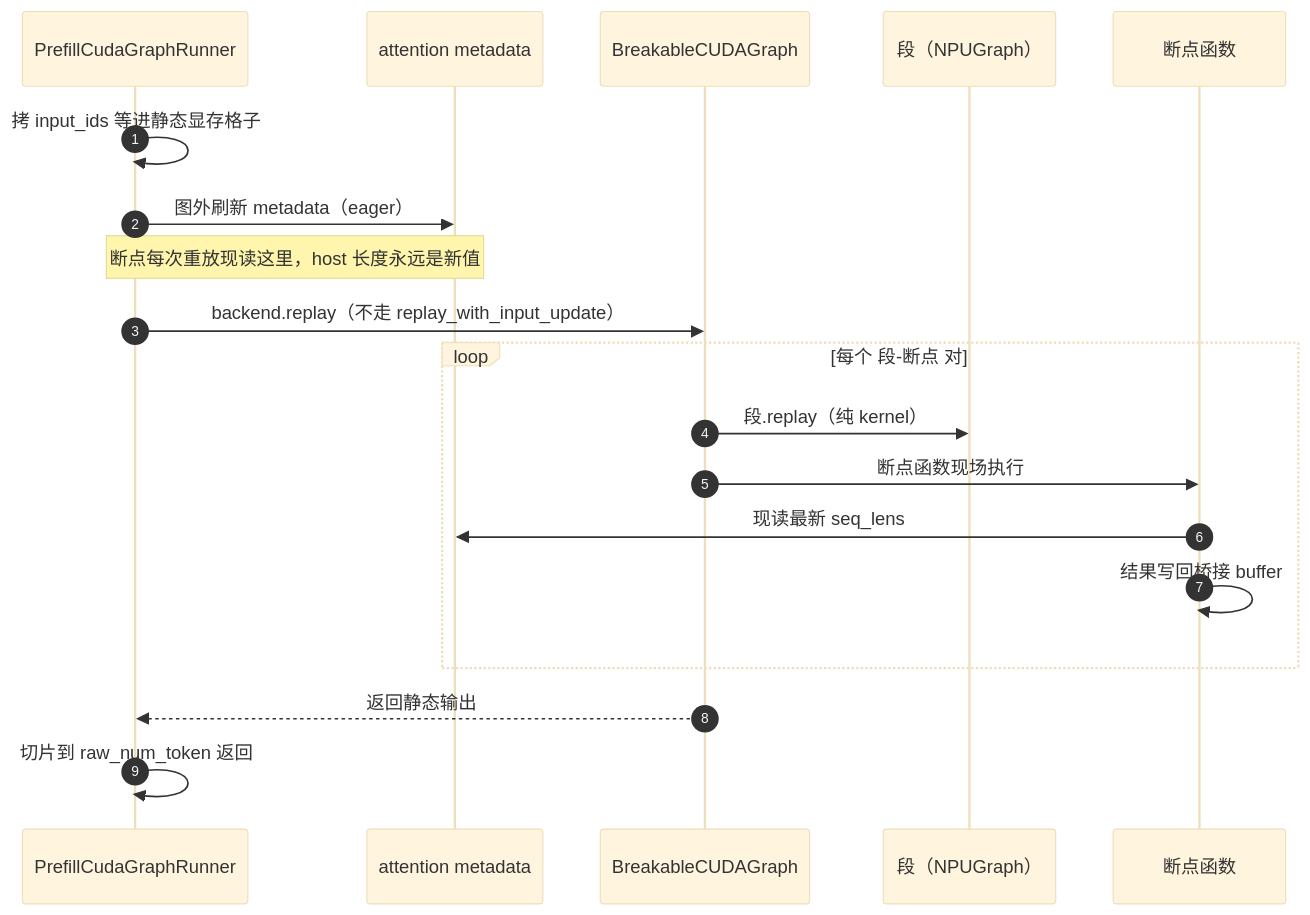
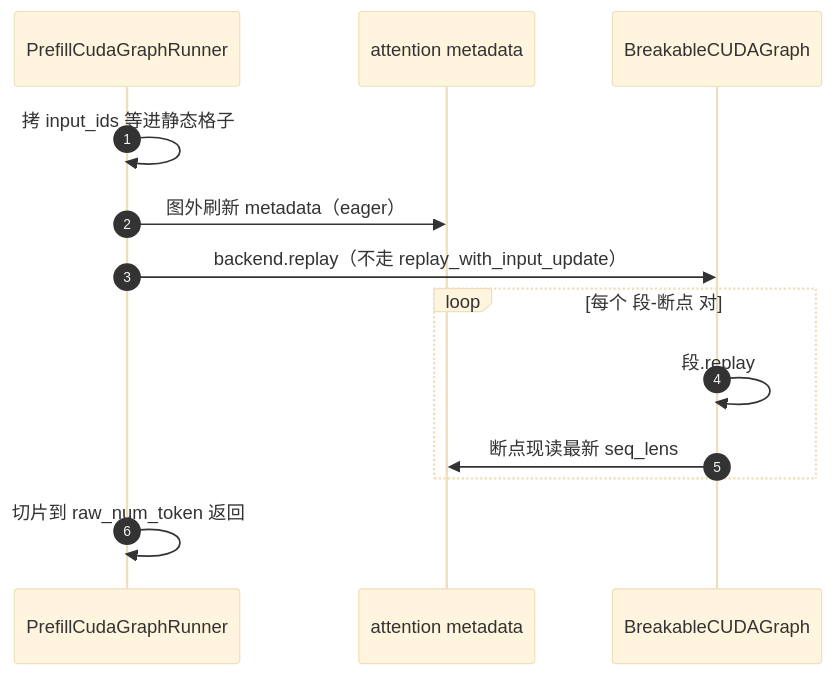
Before and after one commit to kyrotiko/sglang-docs: the sixth of 7 diagrams in FE/BreakableNPUGraphBackend设计方案/breakable_npu_graph_backend_design.md, drawn with Mermaid (base theme). The commit also changed other lines of this file, not shown here.

First line of the commit message:
docs: tighten the breakable NPU graph design doc

````diff
--- a/FE/BreakableNPUGraphBackend设计方案/breakable_npu_graph_backend_design.md
+++ b/FE/BreakableNPUGraphBackend设计方案/breakable_npu_graph_backend_design.md
@@ -244,22 +153,15 @@
 ```mermaid
 sequenceDiagram
     autonumber
     participant R as PrefillCudaGraphRunner
-    participant AM as attention metadata
+    participant M as attention metadata
     participant G as BreakableCUDAGraph
-    participant S as 段（NPUGraph）
-    participant F as 断点函数
-
-    R->>R: 拷 input_ids 等进静态显存格子
-    R->>AM: 图外刷新 metadata（eager）
-    Note over R,AM: 断点每次重放现读这里，host 长度永远是新值
+    R->>R: 拷 input_ids 等进静态格子
+    R->>M: 图外刷新 metadata（eager）
     R->>G: backend.replay（不走 replay_with_input_update）
     loop 每个 段-断点 对
-        G->>S: 段.replay（纯 kernel）
-        G->>F: 断点函数现场执行
-        F->>AM: 现读最新 seq_lens
-        F->>F: 结果写回桥接 buffer
+        G->>G: 段.replay
+        G->>M: 断点现读最新 seq_lens
     end
-    G-->>R: 返回静态输出
     R->>R: 切片到 raw_num_token 返回
 ```
````
